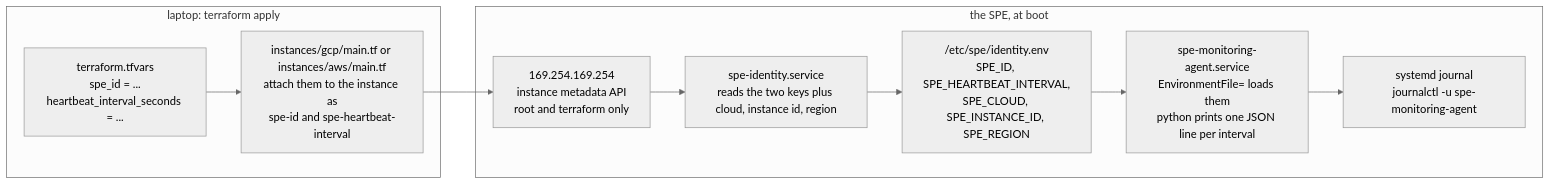
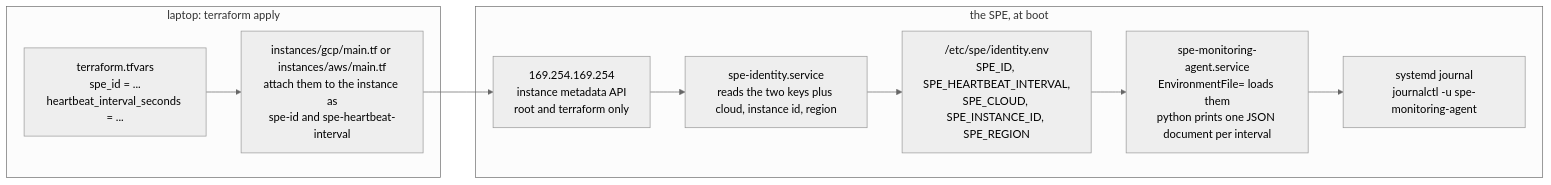
The first of 2 diagrams in 06-spe-multicloud-gcp-aws/files/logging/heartbeat/README.md (JorgeIvanJH/Infrastructure-as-Code), drawn with Mermaid (neutral theme) before and after one commit. The commit also changed other lines of this file and 14 other files, not shown here.

```diff
--- a/06-spe-multicloud-gcp-aws/files/logging/heartbeat/README.md
+++ b/06-spe-multicloud-gcp-aws/files/logging/heartbeat/README.md
@@ -7,15 +7,15 @@
 ~~~mermaid
 flowchart LR
     subgraph laptop["laptop: terraform apply"]
         V["terraform.tfvars<br>spe_id = ...<br>heartbeat_interval_seconds = ..."]
         M["instances/gcp/main.tf or instances/aws/main.tf<br>attach them to the instance as<br>spe-id and spe-heartbeat-interval"]
     end
     subgraph vm["the SPE, at boot"]
         E["169.254.169.254<br>instance metadata API<br>root and terraform only"]
         I["spe-identity.service<br>reads the two keys plus cloud, instance id, region"]
         F["/etc/spe/identity.env<br>SPE_ID, SPE_HEARTBEAT_INTERVAL,<br>SPE_CLOUD, SPE_INSTANCE_ID, SPE_REGION"]
-        A["spe-monitoring-agent.service<br>EnvironmentFile= loads them<br>python prints one JSON line per interval"]
+        A["spe-monitoring-agent.service<br>EnvironmentFile= loads them<br>python prints one JSON document per interval"]
         J["systemd journal<br>journalctl -u spe-monitoring-agent"]
     end
     V --> M --> E --> I --> F --> A --> J
 ~~~
```
